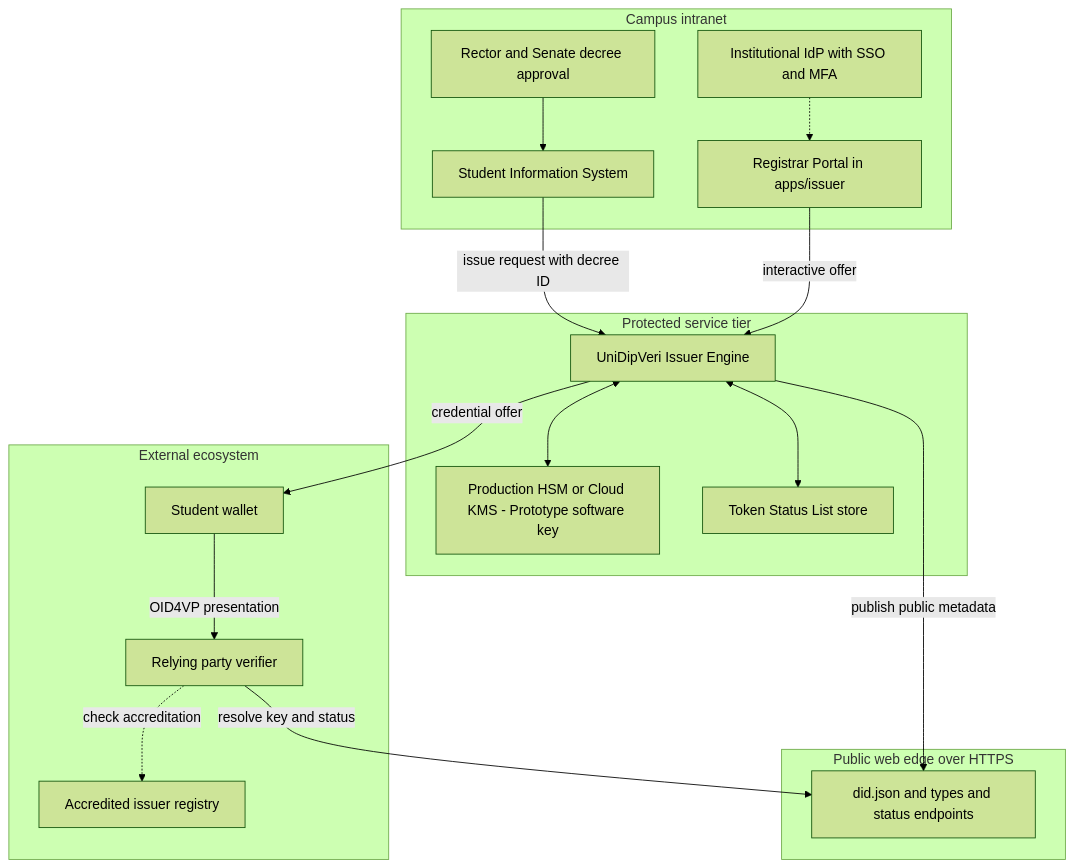
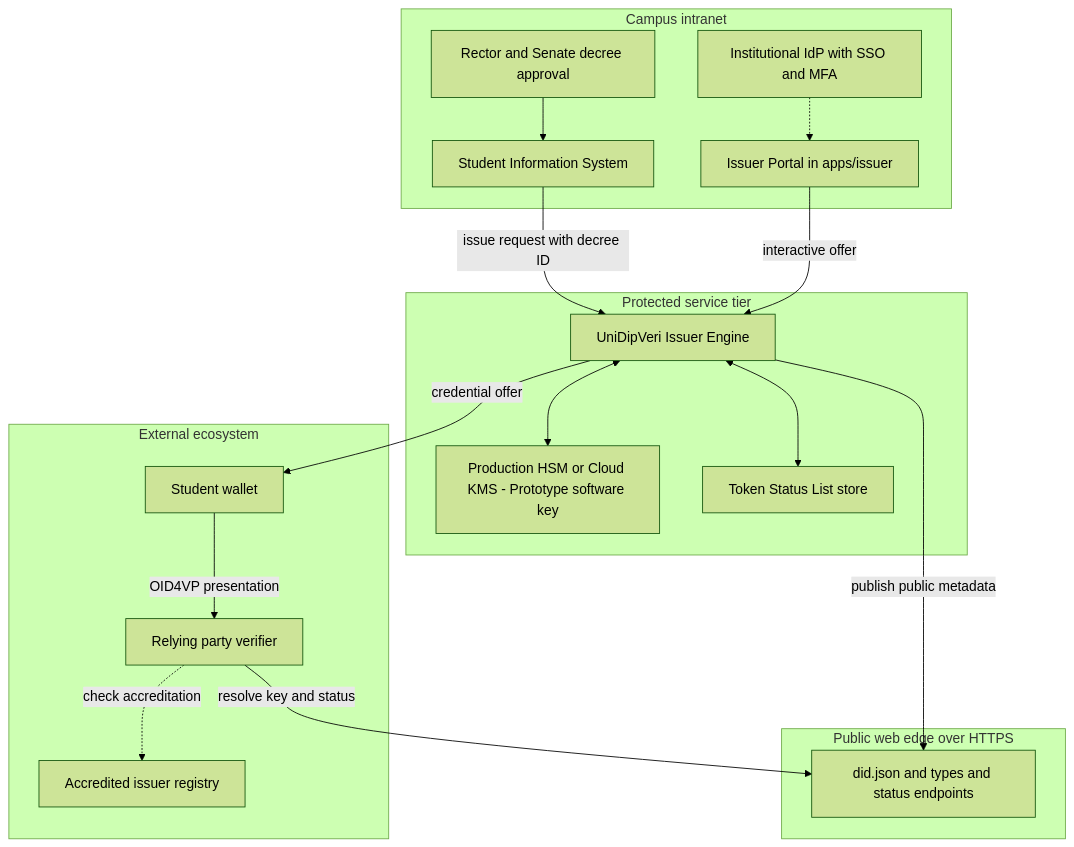
One commit to huypengin/UniDipVeri changed the first of 3 diagrams in docs/architecture/05-operations-and-governance.md. Above: the diagram before and after it, drawn with Mermaid (forest theme). The commit also changed other lines of this file and 23 other files, not shown here.

First line of the commit message:
refactor(issuer): standardize terminology from registrar to issuer

````diff
--- a/docs/architecture/05-operations-and-governance.md
+++ b/docs/architecture/05-operations-and-governance.md
@@ -30,33 +30,33 @@
 ```mermaid
 flowchart TD
   subgraph Campus[Campus intranet]
     Rector[Rector and Senate decree approval]
     SIS[Student Information System]
     IdP[Institutional IdP with SSO and MFA]
-    Portal[Registrar Portal in apps/issuer]
+    Portal[Issuer Portal in apps/issuer]
   end
   subgraph Service[Protected service tier]
     Issuer[UniDipVeri Issuer Engine]
     Key[Production HSM or Cloud KMS - Prototype software key]
     Status[Token Status List store]
   end
   subgraph Edge[Public web edge over HTTPS]
     Docs[did.json and types and status endpoints]
   end
   subgraph Ext[External ecosystem]
     Wallet[Student wallet]
     Verifier[Relying party verifier]
     Registry[Accredited issuer registry]
   end
   Rector --> SIS
   IdP -.-> Portal
   SIS -->|issue request with decree ID| Issuer
   Portal -->|interactive offer| Issuer
   Issuer <--> Key
   Issuer <--> Status
   Issuer -->|publish public metadata| Docs
   Issuer -->|credential offer| Wallet
   Wallet -->|OID4VP presentation| Verifier
   Verifier -->|resolve key and status| Docs
   Verifier -.->|check accreditation| Registry
 ```
````
